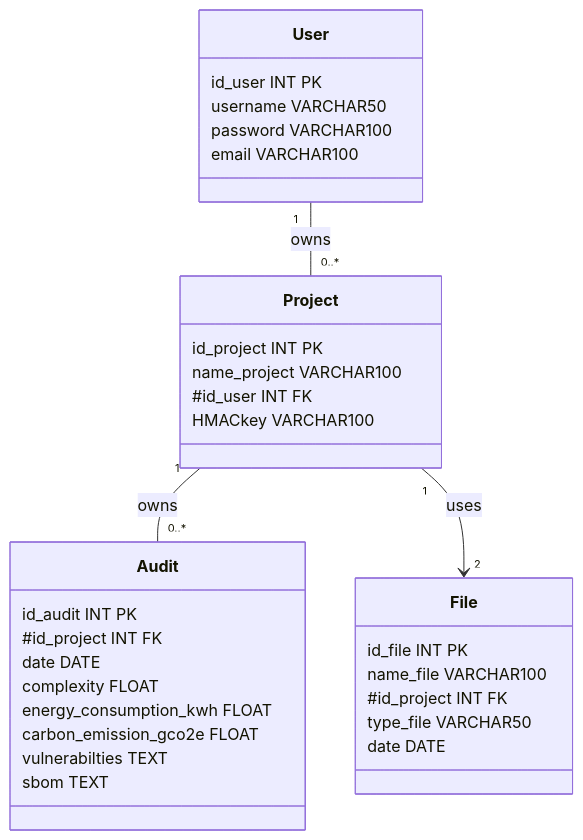
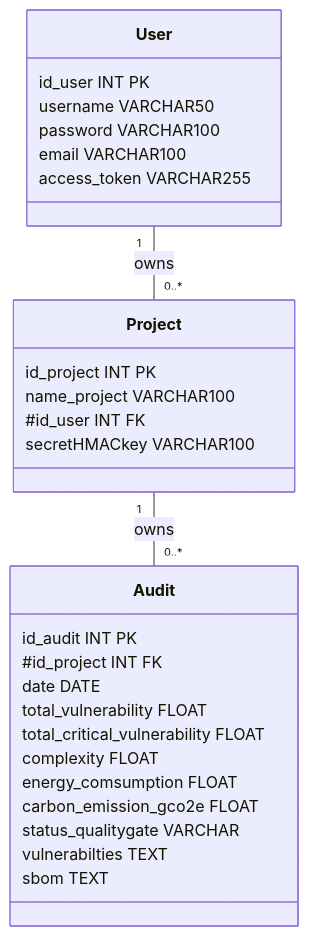
Before and after one commit to galahade-ncl/ensai-it-project-2a-team34: the diagram in doc/diagramme_phys_donnees.md, drawn with Mermaid. The commit also changed 5 other files, not shown here.

````diff
--- a/doc/diagramme_phys_donnees.md
+++ b/doc/diagramme_phys_donnees.md
@@ -17,49 +17,38 @@
 ```mermaid
 classDiagram
     %% Business objects
     class User {
         id_user INT PK
         username VARCHAR50
         password VARCHAR100
         email VARCHAR100
+        access_token VARCHAR255
     }
 
     class Project {
         id_project INT PK
         name_project VARCHAR100
         #id_user INT FK
-        HMACkey VARCHAR100
+        secretHMACkey VARCHAR100
     }
-
-    class File {
-        id_file INT PK
-        name_file VARCHAR100
-        #id_project INT FK
-        type_file VARCHAR50
-        date DATE
-    }
-
 
     class Audit {
         id_audit INT PK
         #id_project INT FK
         date DATE
+        total_vulnerability FLOAT
+        total_critical_vulnerability FLOAT
         complexity FLOAT
-        energy_consumption_kwh FLOAT
+        energy_comsumption FLOAT
         carbon_emission_gco2e FLOAT
+        status_qualitygate VARCHAR
         vulnerabilties TEXT
         sbom TEXT
 
     }
 
-
-
-
     %% Relationships
     User "1" -- "0..*" Project : owns
     Project "1" -- "0..*" Audit : owns
 
-    Project "1" --> "2" File : uses
-
-
 ```
````
